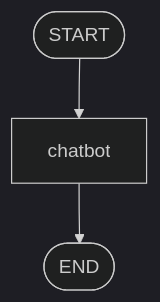
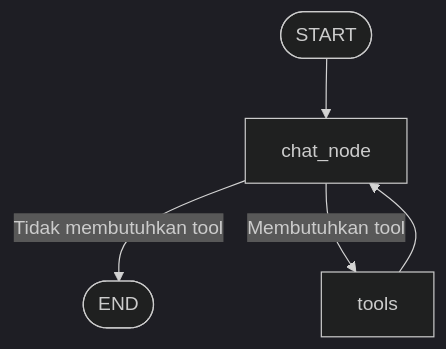
One commit to taufiq26127/agentic-chatbot changed the diagram in README.md. Above: the diagram before and after it, drawn with Mermaid (dark theme). The commit also changed other lines of this file, not shown here.

````diff
--- a/README.md
+++ b/README.md
@@ -42,6 +63,7 @@
 ```mermaid
 flowchart TD
-    A([START]) --> B[chatbot]
-    B --> C([END])
-
+    A([START]) --> B[chat_node]
+    B -->|Tidak membutuhkan tool| C([END])
+    B -->|Membutuhkan tool| D[tools]
+    D --> B
 ```
````
